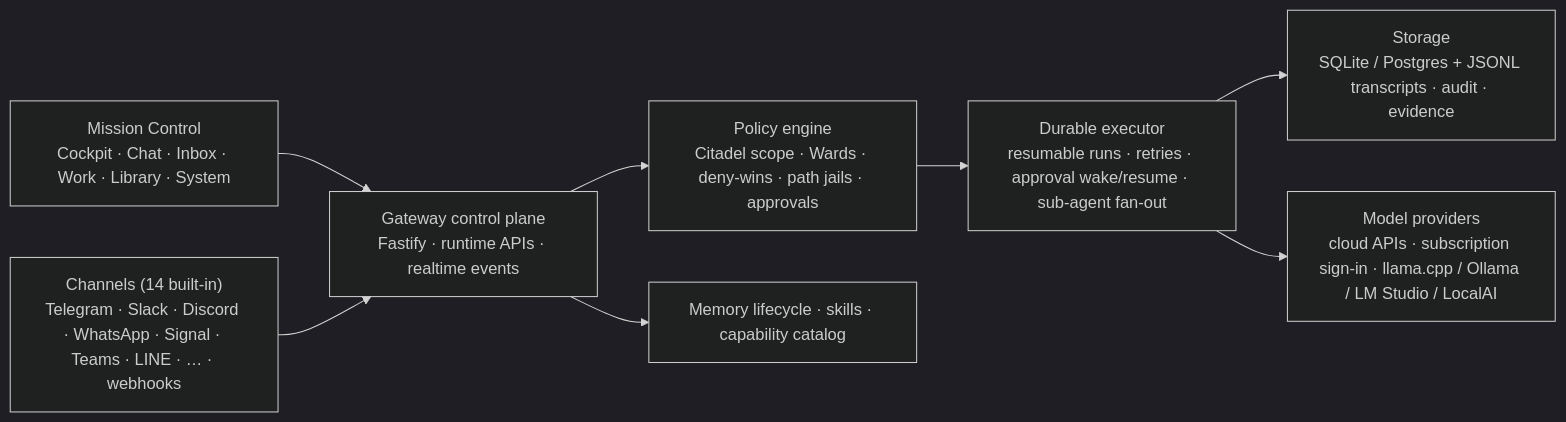
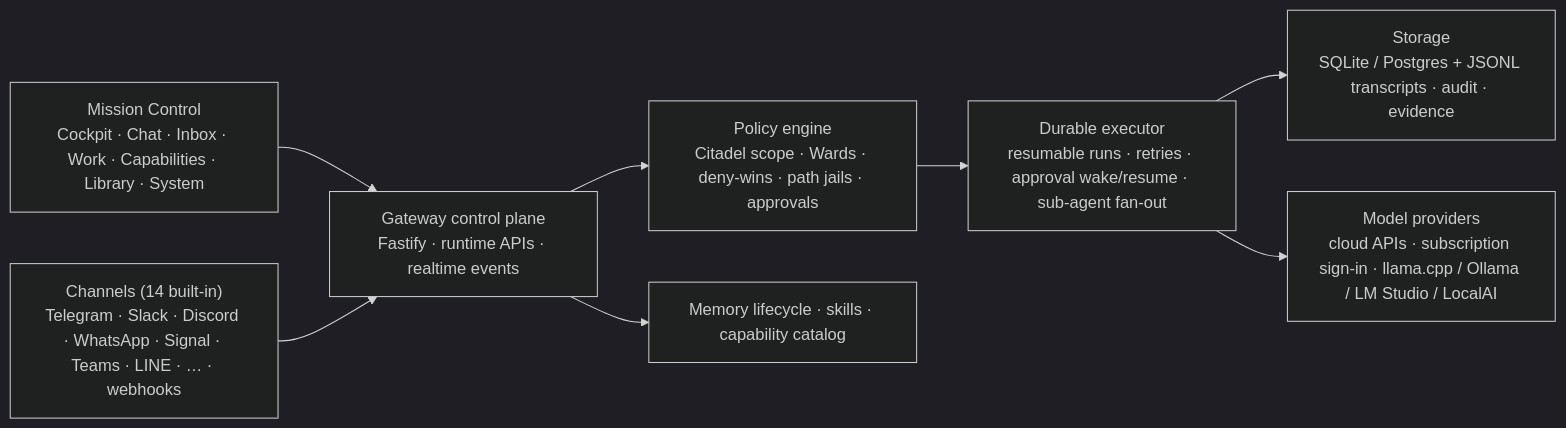
The diagram in README.md (goatcitadel/GoatCitadel), drawn with Mermaid (dark theme) before and after one commit. The commit also changed 2 other files, not shown here.

Commit message:
fix(cockpit): re-read the connector list after a failed Remove
A Remove whose reply was lost can still have been committed on the Gateway, so
the row lingered and a second Remove would target a server that was gone. The
failure path now reads the list again, as the on/off switch already does. Also
adds Capabilities to the README architecture diagram, which still listed the
old areas.

````diff
--- a/README.md
+++ b/README.md
@@ -436,12 +436,12 @@
 ```mermaid
 flowchart LR
-  MC["Mission Control<br/>Cockpit · Chat · Inbox · Work · Library · System"] --> GW
+  MC["Mission Control<br/>Cockpit · Chat · Inbox · Work · Capabilities · Library · System"] --> GW
   CH["Channels (14 built-in)<br/>Telegram · Slack · Discord · WhatsApp · Signal · Teams · LINE · … · webhooks"] --> GW
   GW["Gateway control plane<br/>Fastify · runtime APIs · realtime events"] --> POL
   POL["Policy engine<br/>Citadel scope · Wards · deny-wins · path jails · approvals"] --> DUR
   GW --> MEM["Memory lifecycle · skills · capability catalog"]
   DUR["Durable executor<br/>resumable runs · retries · approval wake/resume · sub-agent fan-out"] --> ST
   DUR --> PRV
   ST["Storage<br/>SQLite / Postgres + JSONL transcripts · audit · evidence"]
   PRV["Model providers<br/>cloud APIs · subscription sign-in · llama.cpp / Ollama / LM Studio / LocalAI"]
 ```
````
